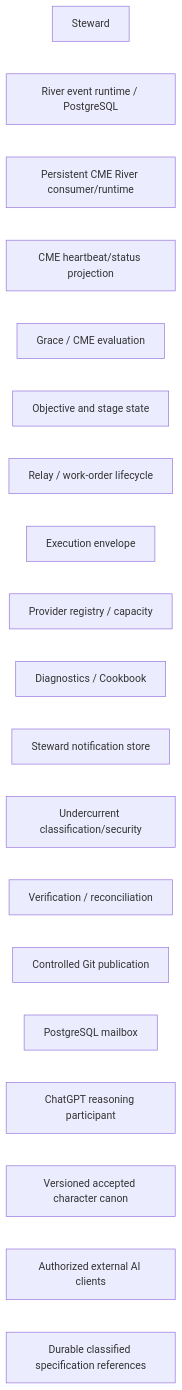
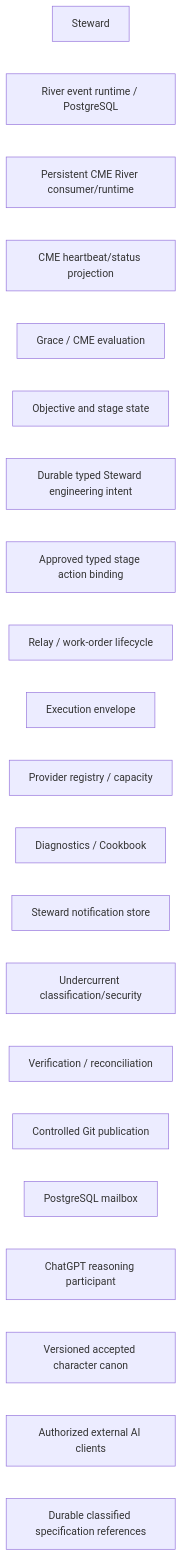
One commit to ppow1/Riverview changed the diagram in docs/architecture/graph_views/06_character_development.mmd. Above: the diagram before and after it, drawn with Mermaid. The commit also changed 26 other files, not shown here.

```diff
--- a/docs/architecture/graph_views/06_character_development.mmd
+++ b/docs/architecture/graph_views/06_character_development.mmd
@@ -1,20 +1,22 @@
 flowchart LR
     steward["Steward"]
     river["River event runtime / PostgreSQL"]
     cme_runtime["Persistent CME River consumer/runtime"]
     cme_status_projection["CME heartbeat/status projection"]
     grace["Grace / CME evaluation"]
     objective_state["Objective and stage state"]
+    engineering_intent["Durable typed Steward engineering intent"]
+    declared_action_binding["Approved typed stage action binding"]
     relay["Relay / work-order lifecycle"]
     execution_envelope["Execution envelope"]
     providers["Provider registry / capacity"]
     diagnostics["Diagnostics / Cookbook"]
     notifications["Steward notification store"]
     undercurrent["Undercurrent classification/security"]
     verification["Verification / reconciliation"]
     publication["Controlled Git publication"]
     mailbox["PostgreSQL mailbox"]
     chatgpt["ChatGPT reasoning participant"]
     character_canon["Versioned accepted character canon"]
     external_ai_clients["Authorized external AI clients"]
     specification_store["Durable classified specification references"]
```
